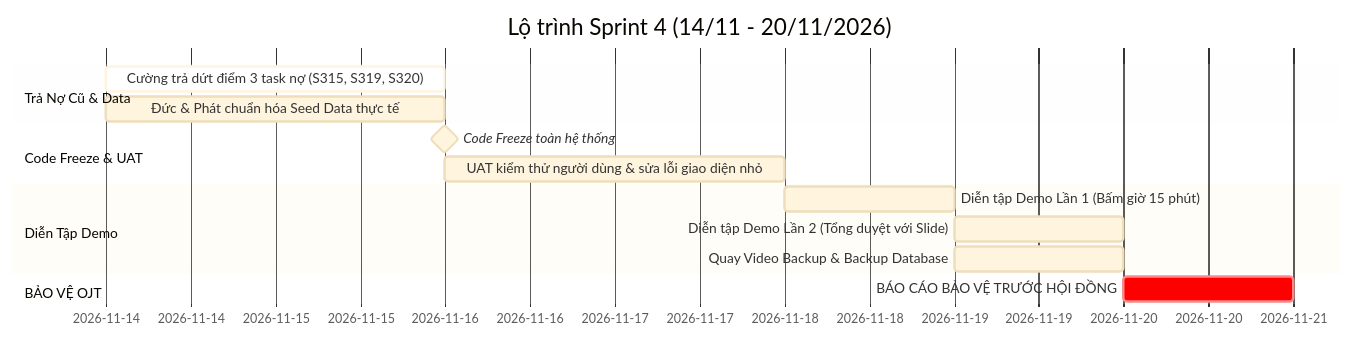
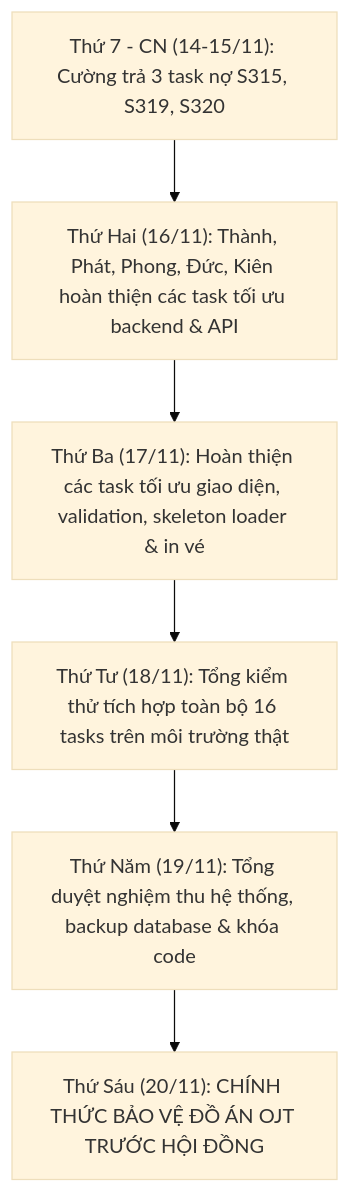
Before and after one commit to phamcongthanhvn2k6/traveleasy-platform: the diagram in docs/04-agile-and-sprints/SPRINT_4_README.md, drawn with Mermaid (base theme). The commit also changed other lines of this file, not shown here.

Commit message:
docs(sprint-4): restructure sprint 4 backlog into 16 concrete optimization and bug-fix tasks across all 6 members

````diff
--- a/docs/04-agile-and-sprints/SPRINT_4_README.md
+++ b/docs/04-agile-and-sprints/SPRINT_4_README.md
@@ -82,17 +96,8 @@
 ```mermaid
-gantt
-    title Lộ trình Sprint 4 (14/11 - 20/11/2026)
-    dateFormat  YYYY-MM-DD
-    section Trả Nợ Cũ & Data
-    Cường trả dứt điểm 3 task nợ (S315, S319, S320) :active, 2026-11-14, 2d
-    Đức & Phát chuẩn hóa Seed Data thực tế :2026-11-14, 2d
-    section Code Freeze & UAT
-    Code Freeze toàn hệ thống :milestone, 2026-11-16, 0d
-    UAT kiểm thử người dùng & sửa lỗi giao diện nhỏ :2026-11-16, 2d
-    section Diễn Tập Demo
-    Diễn tập Demo Lần 1 (Bấm giờ 15 phút) :2026-11-18, 1d
-    Diễn tập Demo Lần 2 (Tổng duyệt với Slide) :2026-11-19, 1d
-    Quay Video Backup & Backup Database :2026-11-19, 1d
-    section BẢO VỆ OJT
-    BÁO CÁO BẢO VỆ TRƯỚC HỘI ĐỒNG :crit, 2026-11-20, 1d
+flowchart TD
+    D1["Thứ 7 - CN (14-15/11): Cường trả 3 task nợ S315, S319, S320"] --> D2["Thứ Hai (16/11): Thành, Phát, Phong, Đức, Kiên hoàn thiện các task tối ưu backend & API"]
+    D2 --> D3["Thứ Ba (17/11): Hoàn thiện các task tối ưu giao diện, validation, skeleton loader & in vé"]
+    D3 --> D4["Thứ Tư (18/11): Tổng kiểm thử tích hợp toàn bộ 16 tasks trên môi trường thật"]
+    D4 --> D5["Thứ Năm (19/11): Tổng duyệt nghiệm thu hệ thống, backup database & khóa code"]
+    D5 --> D6["Thứ Sáu (20/11): CHÍNH THỨC BẢO VỆ ĐỒ ÁN OJT TRƯỚC HỘI ĐỒNG"]
 ```
````
